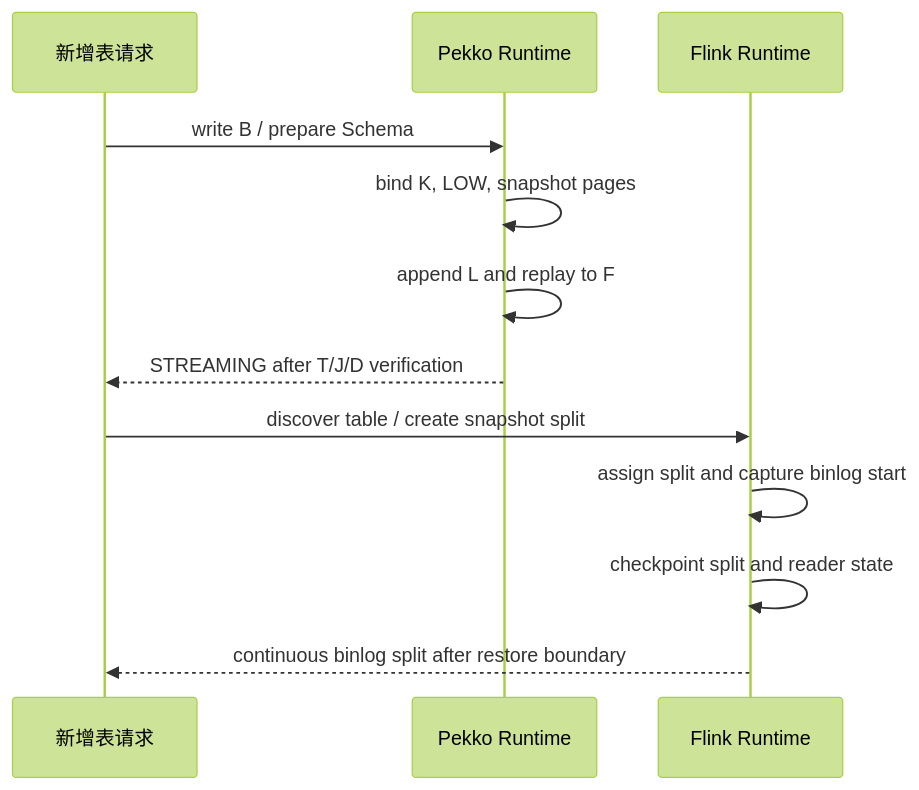
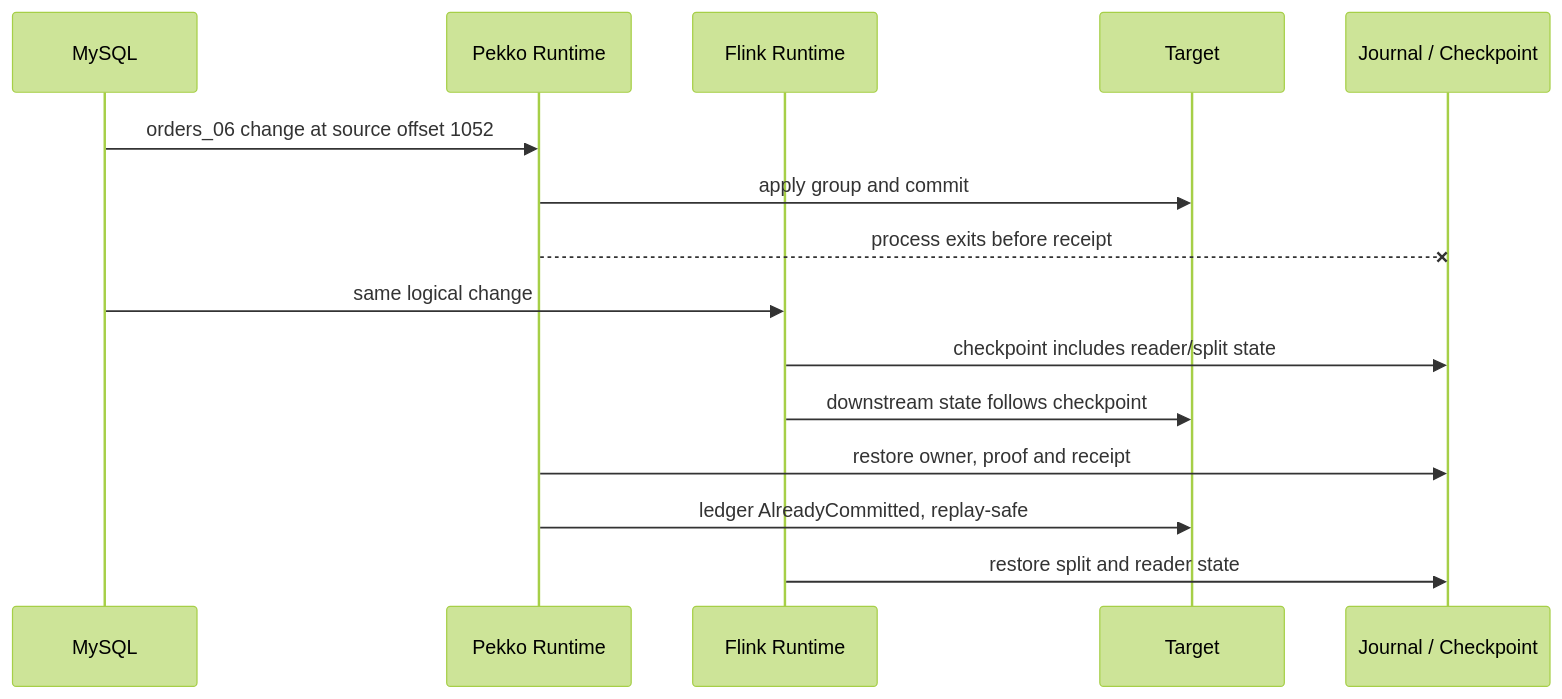
The second of 2 diagrams in _posts/pekko/2026-10-18-pekko-cdc-5-flink-comparison.md (Xuxiaotuan/Xuxiaotuan.github.io), drawn with Mermaid (forest theme) before and after one commit. The commit also changed other lines of this file and 2 other files, not shown here.

````diff
--- a/_posts/pekko/2026-10-18-pekko-cdc-5-flink-comparison.md
+++ b/_posts/pekko/2026-10-18-pekko-cdc-5-flink-comparison.md
@@ -88,14 +141,17 @@
 ```mermaid
 sequenceDiagram
-    participant U as 新增表请求
+    participant M as MySQL
     participant P as Pekko Runtime
     participant F as Flink Runtime
-    U->>P: write B / prepare Schema
-    P->>P: bind K, LOW, snapshot pages
-    P->>P: append L and replay to F
-    P-->>U: STREAMING after T/J/D verification
-    U->>F: discover table / create snapshot split
-    F->>F: assign split and capture binlog start
-    F->>F: checkpoint split and reader state
-    F-->>U: continuous binlog split after restore boundary
+    participant T as Target
+    participant J as Journal / Checkpoint
+    M->>P: orders_06 change at source offset 1052
+    P->>T: apply group and commit
+    P--xJ: process exits before receipt
+    M->>F: same logical change
+    F->>J: checkpoint includes reader/split state
+    F->>T: downstream state follows checkpoint
+    P->>J: restore owner, proof and receipt
+    P->>T: ledger AlreadyCommitted, replay-safe
+    F->>J: restore split and reader state
 ```
````
